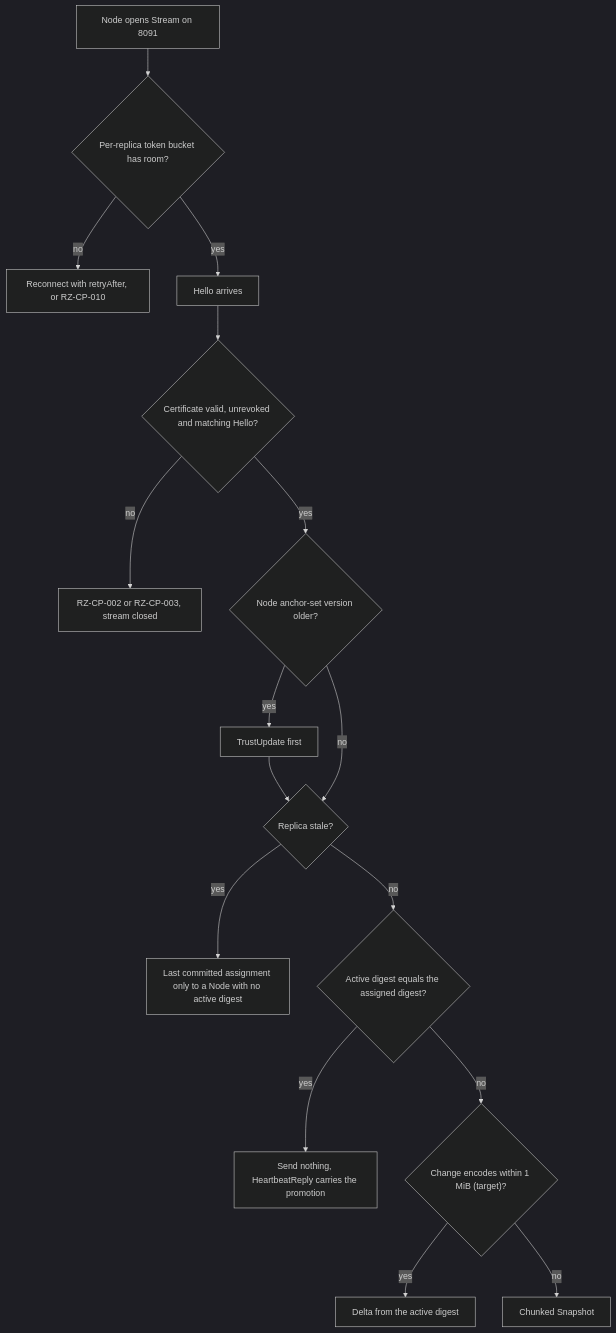
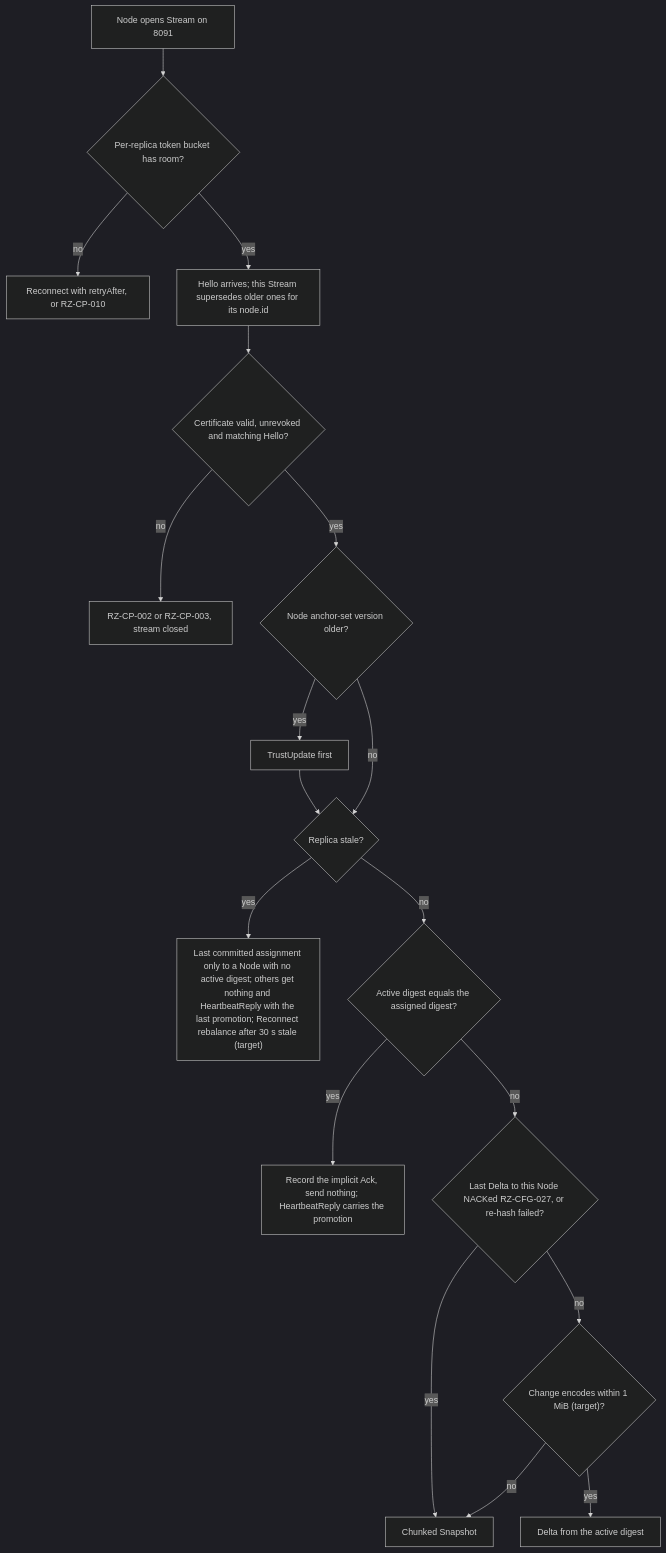
The second of 2 diagrams in docs/adr/0007-control-stream-protocol.md (ravindu-rev/ruralz), drawn with Mermaid (dark theme) before and after one commit. The commit also changed other lines of this file and 24 other files, not shown here.

````diff
--- a/docs/adr/0007-control-stream-protocol.md
+++ b/docs/adr/0007-control-stream-protocol.md
@@ -94,31 +95,34 @@
 ```mermaid
 flowchart TD
     open["Node opens Stream on 8091"]
     bucket{"Per-replica token bucket has room?"}
     shed["Reconnect with retryAfter, or RZ-CP-010"]
-    hello["Hello arrives"]
+    hello["Hello arrives; this Stream supersedes older ones for its node.id"]
     ident{"Certificate valid, unrevoked and matching Hello?"}
     refuse["RZ-CP-002 or RZ-CP-003, stream closed"]
     anchor{"Node anchor-set version older?"}
     trust["TrustUpdate first"]
     stale{"Replica stale?"}
-    staleans["Last committed assignment only to a Node with no active digest"]
+    staleans["Last committed assignment only to a Node with no active digest; others get nothing and HeartbeatReply with the last promotion; Reconnect rebalance after 30 s stale (target)"]
     same{"Active digest equals the assigned digest?"}
-    none["Send nothing, HeartbeatReply carries the promotion"]
+    none["Record the implicit Ack, send nothing; HeartbeatReply carries the promotion"]
+    rehash{"Last Delta to this Node NACKed RZ-CFG-027, or re-hash failed?"}
     small{"Change encodes within 1 MiB (target)?"}
     delta["Delta from the active digest"]
     snap["Chunked Snapshot"]
     open --> bucket
     bucket -- no --> shed
     bucket -- yes --> hello --> ident
     ident -- no --> refuse
     ident -- yes --> anchor
     anchor -- yes --> trust --> stale
     anchor -- no --> stale
     stale -- yes --> staleans
     stale -- no --> same
     same -- yes --> none
-    same -- no --> small
+    same -- no --> rehash
+    rehash -- yes --> snap
+    rehash -- no --> small
     small -- yes --> delta
     small -- no --> snap
 ```
````
